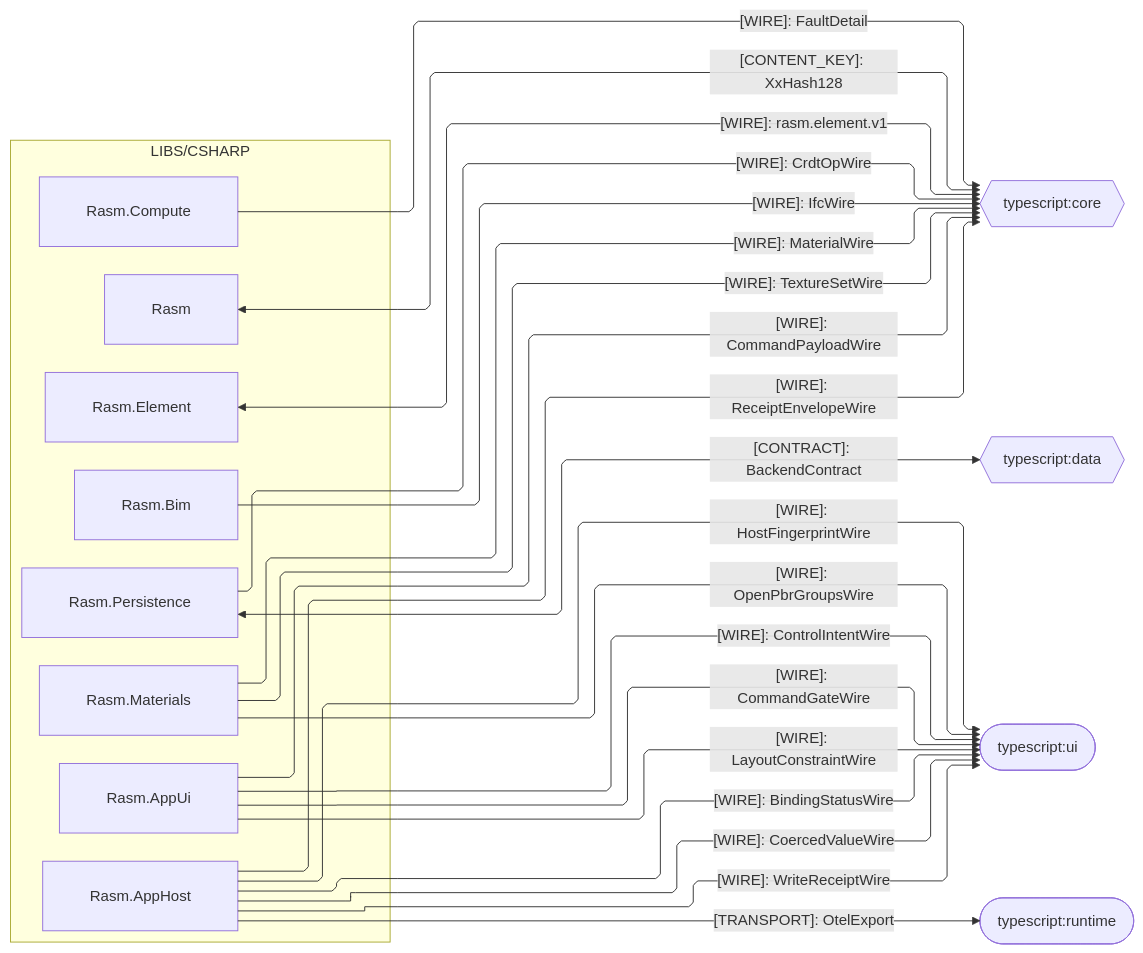
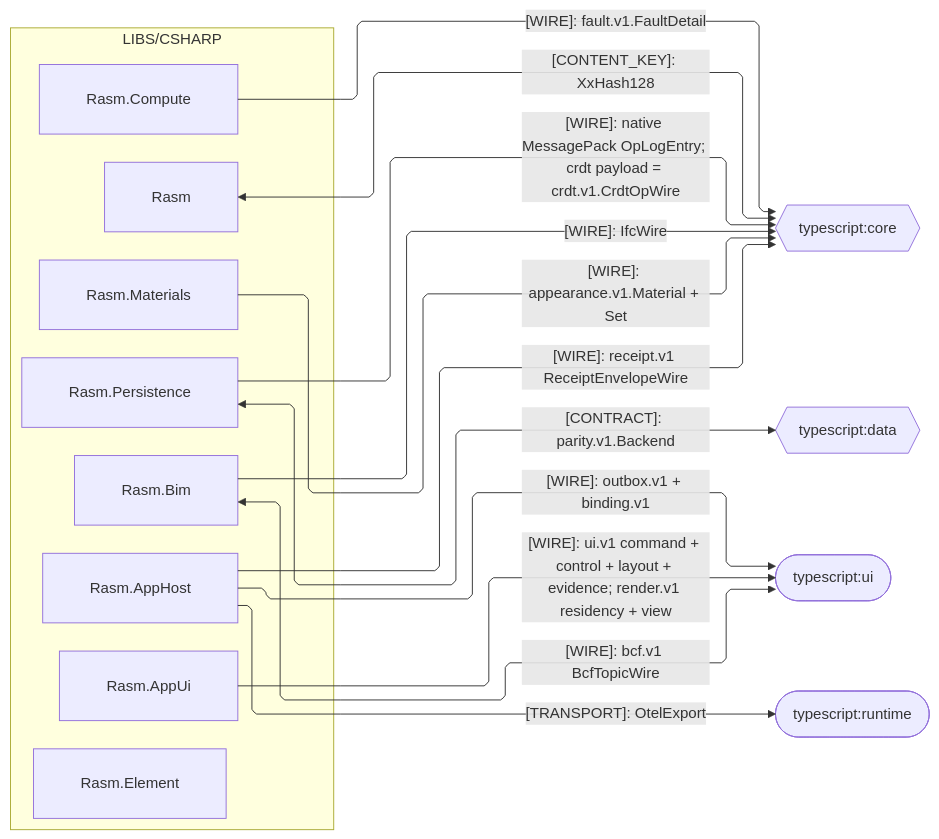
One commit to bsamiee/Rasm changed the third of 5 diagrams in libs/csharp/.planning/ARCHITECTURE.md. Above: the diagram before and after it, drawn with Mermaid. The commit also changed other lines of this file and 820 other files, not shown here.

````diff
--- a/libs/csharp/.planning/ARCHITECTURE.md
+++ b/libs/csharp/.planning/ARCHITECTURE.md
@@ -160,45 +177,37 @@
 ```mermaid
 ---
 config:
   layout: elk
   flowchart:
     curve: linear
     padding: 25
 ---
 flowchart LR
     accTitle: C# branch typescript seam registry
     accDescr: Which kinded wires the C# packages produce for the typescript core, data, runtime, and ui domains to decode.
     subgraph csharp[LIBS/CSHARP]
         Rasm[Rasm]
         Element[Rasm.Element]
         Persistence[Rasm.Persistence]
         Bim[Rasm.Bim]
         Materials[Rasm.Materials]
         Compute[Rasm.Compute]
         AppUi[Rasm.AppUi]
         AppHost[Rasm.AppHost]
     end
     TsCore{{typescript:core}}
     TsData{{typescript:data}}
     TsUi([typescript:ui])
     TsRuntime([typescript:runtime])
     Rasm e1@<-->|"[CONTENT_KEY]: XxHash128"| TsCore
-    Element e2@<-->|"[WIRE]: rasm.element.v1"| TsCore
-    Persistence e3@-->|"[WIRE]: CrdtOpWire"| TsCore
+    Persistence e3@-->|"[WIRE]: native MessagePack OpLogEntry; crdt payload = crdt.v1.CrdtOpWire"| TsCore
     Bim e4@-->|"[WIRE]: IfcWire"| TsCore
-    Materials e5@-->|"[WIRE]: MaterialWire"| TsCore
-    Materials e6@-->|"[WIRE]: TextureSetWire"| TsCore
-    AppUi e7@-->|"[WIRE]: CommandPayloadWire"| TsCore
-    AppHost e8@-->|"[WIRE]: ReceiptEnvelopeWire"| TsCore
-    Persistence e9@<-->|"[CONTRACT]: BackendContract"| TsData
-    Materials e10@-->|"[WIRE]: OpenPbrGroupsWire"| TsUi
-    AppUi e11@-->|"[WIRE]: ControlIntentWire"| TsUi
-    AppUi e12@-->|"[WIRE]: CommandGateWire"| TsUi
-    AppUi e13@-->|"[WIRE]: LayoutConstraintWire"| TsUi
-    AppHost e14@-->|"[WIRE]: BindingStatusWire"| TsUi
-    AppHost e15@-->|"[WIRE]: CoercedValueWire"| TsUi
-    AppHost e16@-->|"[WIRE]: WriteReceiptWire"| TsUi
-    AppHost e17@-->|"[WIRE]: HostFingerprintWire"| TsUi
-    AppHost e18@-->|"[TRANSPORT]: OtelExport"| TsRuntime
-    Compute e19@-->|"[WIRE]: FaultDetail"| TsCore
+    Bim e5@<-->|"[WIRE]: bcf.v1 BcfTopicWire"| TsUi
+    Materials e6@-->|"[WIRE]: appearance.v1.Material + Set"| TsCore
+    AppUi e7@-->|"[WIRE]: ui.v1 command + control + layout + evidence; render.v1 residency + view"| TsUi
+    AppHost e8@-->|"[WIRE]: receipt.v1 ReceiptEnvelopeWire"| TsCore
+    AppHost e9@-->|"[WIRE]: outbox.v1 + binding.v1"| TsUi
+    Persistence e10@<-->|"[CONTRACT]: parity.v1.Backend"| TsData
+    AppHost e11@-->|"[TRANSPORT]: OtelExport"| TsRuntime
+    Compute e12@-->|"[WIRE]: fault.v1.FaultDetail"| TsCore
 ```
````
